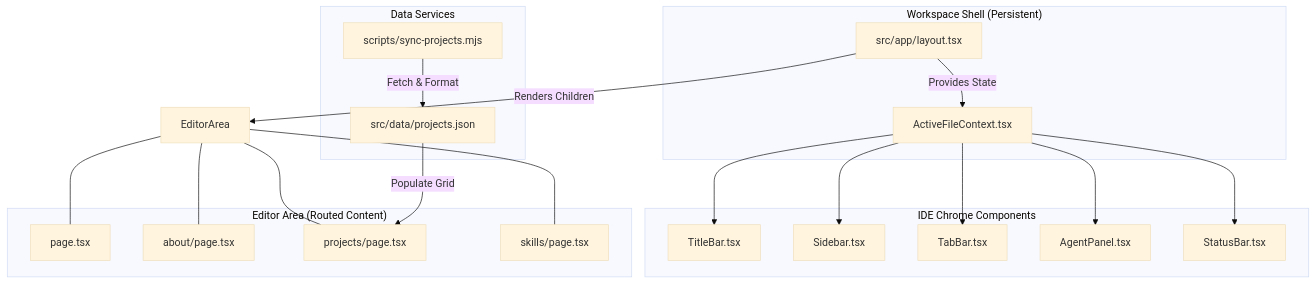
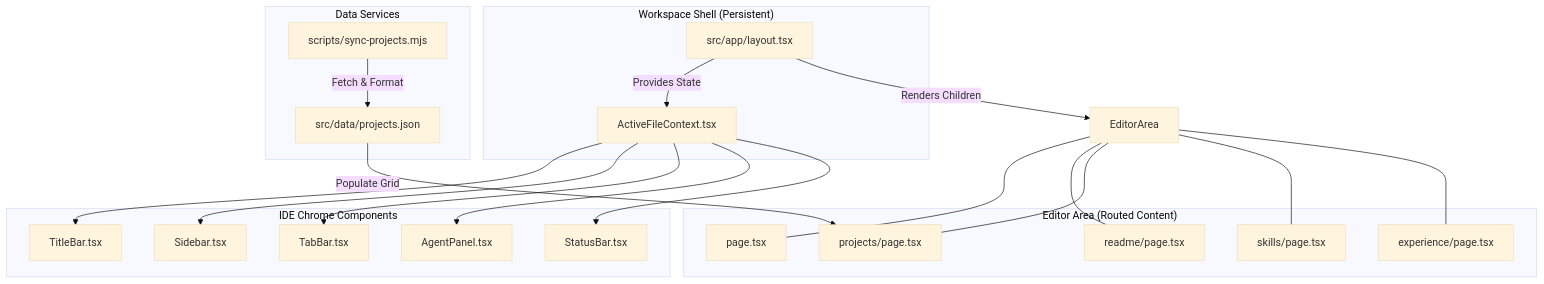
Before and after one commit to singhaganesh/Antigravity-IDE-Portfolio: the diagram in README.md, drawn with Mermaid (base theme). The commit also changed other lines of this file and 4 other files, not shown here.

````diff
--- a/README.md
+++ b/README.md
@@ -35,34 +51,35 @@
 ```mermaid
 graph TD
     subgraph "Workspace Shell (Persistent)"
         Layout[src/app/layout.tsx]
         Context[ActiveFileContext.tsx]
         Layout -->|Provides State| Context
     end
 
     subgraph "IDE Chrome Components"
         TitleBar[TitleBar.tsx]
         SideBar[Sidebar.tsx]
         TabBar[TabBar.tsx]
         AgentPanel[AgentPanel.tsx]
         StatusBar[StatusBar.tsx]
     end
 
     subgraph "Editor Area (Routed Content)"
         Home[page.tsx]
-        About[about/page.tsx]
+        Readme[readme/page.tsx]
         Projects[projects/page.tsx]
         Skills[skills/page.tsx]
+        Experience[experience/page.tsx]
     end
 
     Context --> TitleBar & SideBar & TabBar & AgentPanel & StatusBar
     Layout -->|Renders Children| EditorArea
-    EditorArea --- Home & About & Projects & Skills
+    EditorArea --- Home & Readme & Projects & Skills & Experience
     
     subgraph "Data Services"
         Sync[scripts/sync-projects.mjs]
         JSON[src/data/projects.json]
         Sync -->|Fetch & Format| JSON
         JSON -->|Populate Grid| Projects
     end
 ```
````
